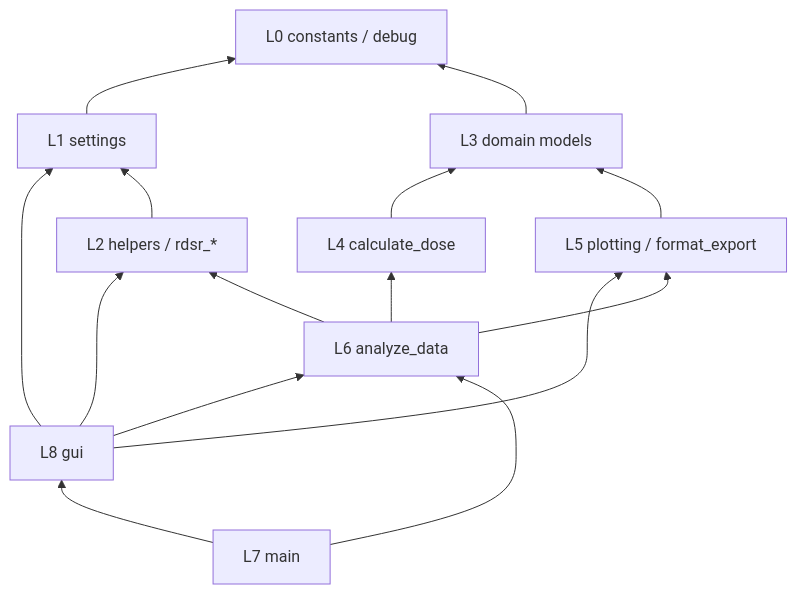
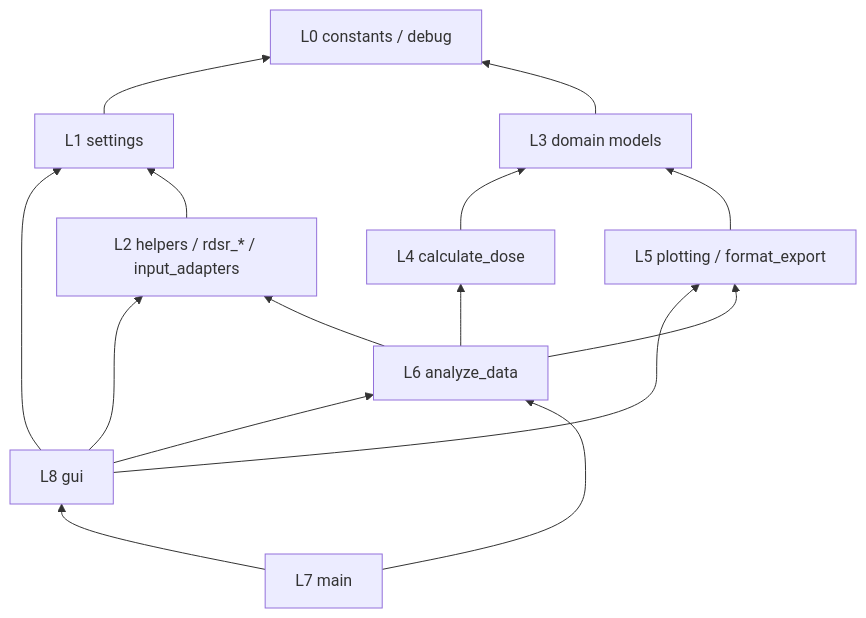
The diagram in dev-docs/CODEBASE_OVERVIEW.md (kgrizz-git/GUISkinDose), drawn with Mermaid before and after one commit. The commit also changed other lines of this file and 14 other files, not shown here.

````diff
--- a/dev-docs/CODEBASE_OVERVIEW.md
+++ b/dev-docs/CODEBASE_OVERVIEW.md
@@ -70,27 +71,27 @@
 ```mermaid
 flowchart BT
   GUI[L8 gui]
   MAIN[L7 main]
   ANALYZE[L6 analyze_data]
   PLOT[L5 plotting / format_export]
   DOSE[L4 calculate_dose]
   DOMAIN[L3 domain models]
-  INPUT[L2 helpers / rdsr_*]
+  INPUT[L2 helpers / rdsr_* / input_adapters]
   SETTINGS[L1 settings]
   SHARED[L0 constants / debug]
 
   GUI --> ANALYZE
   GUI --> INPUT
   GUI --> SETTINGS
   GUI --> PLOT
   MAIN --> ANALYZE
   MAIN --> GUI
   ANALYZE --> DOSE
   ANALYZE --> PLOT
   ANALYZE --> INPUT
   DOSE --> DOMAIN
   PLOT --> DOMAIN
   INPUT --> SETTINGS
   SETTINGS --> SHARED
   DOMAIN --> SHARED
 ```
````
